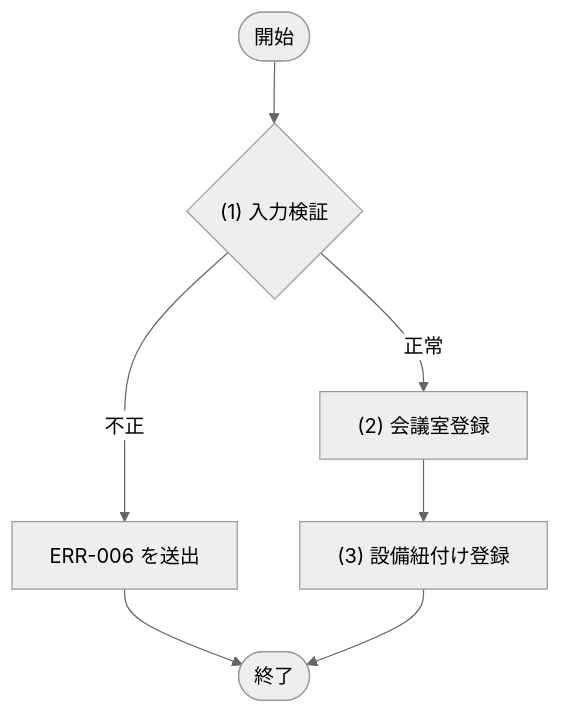
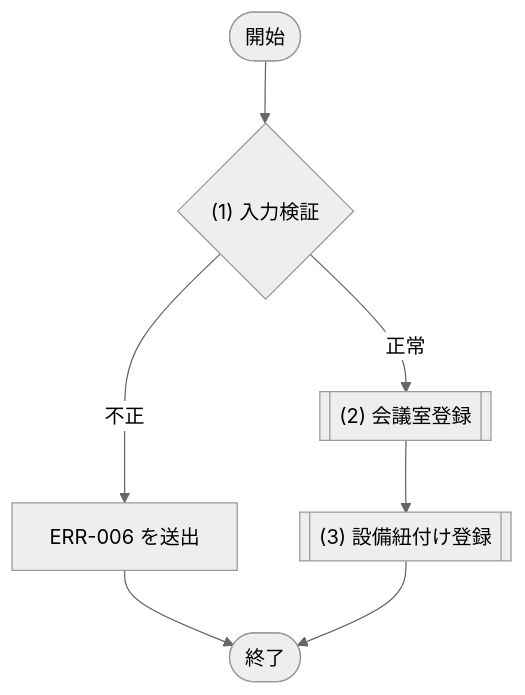
Before and after one commit to sikakou54/system-document-template: the first of 5 diagrams in docs/03_機能設計/05_モジュール設計/MOD-004_会議室管理サービス.md, drawn with Mermaid (neutral theme). The commit also changed other lines of this file and 28 other files, not shown here.

````diff
--- a/docs/03_機能設計/05_モジュール設計/MOD-004_会議室管理サービス.md
+++ b/docs/03_機能設計/05_モジュール設計/MOD-004_会議室管理サービス.md
@@ -63,13 +63,13 @@
 ```mermaid
 flowchart TD
   Start([開始])
   D1{"(1) 入力検証"}
-  P1["(2) 会議室登録"]
-  P2["(3) 設備紐付け登録"]
+  P1[["(2) 会議室登録"]]
+  P2[["(3) 設備紐付け登録"]]
   E1["ERR-006 を送出"]
   End([終了])
 
   Start --> D1
   D1 -- "不正" --> E1 --> End
   D1 -- "正常" --> P1 --> P2 --> End
 ```
````
